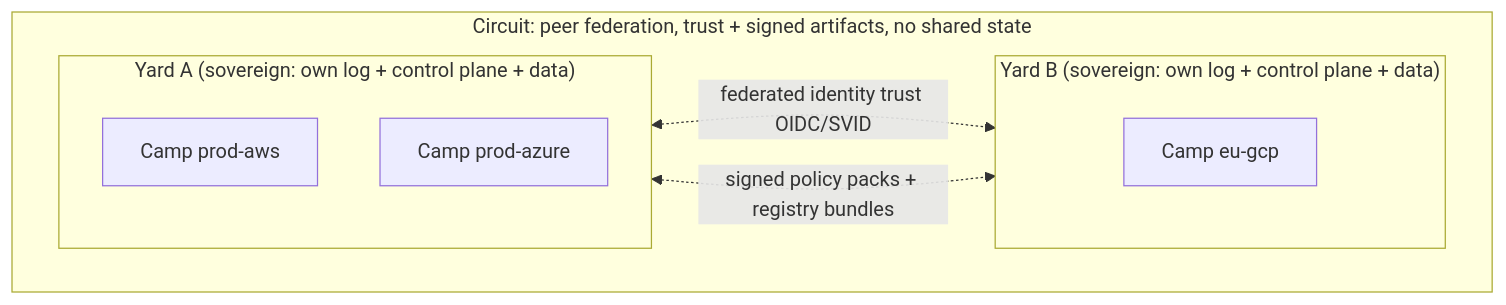
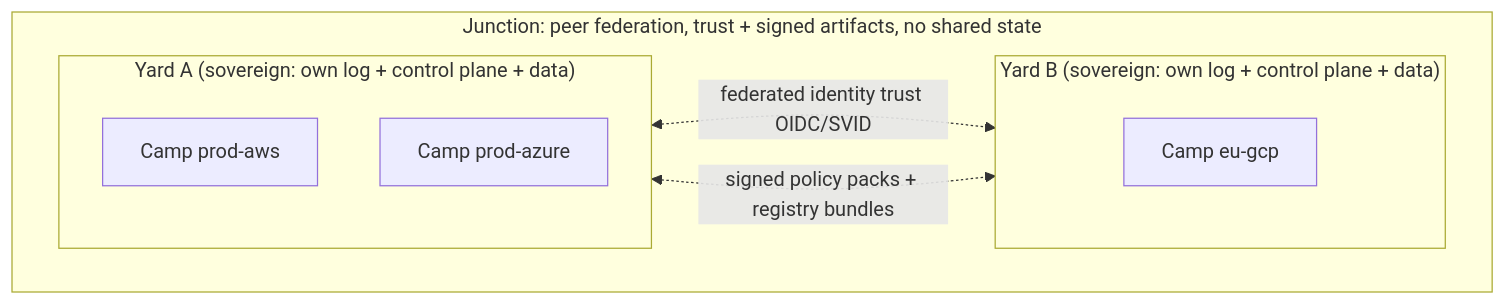
The second of 2 diagrams in docs/design/04-control-plane.md (Tyler-R-Kendrick/HoBo), drawn with Mermaid before and after one commit. The commit also changed other lines of this file and 70 other files, not shown here.

First line of the commit message:
docs(design): purge "worlds", rename Circuit→Junction, reserve "Hobo Code" for a DSL

````diff
--- a/docs/design/04-control-plane.md
+++ b/docs/design/04-control-plane.md
@@ -83,14 +83,14 @@
 ```mermaid
 flowchart TB
-  subgraph CIRCUIT["Circuit: peer federation, trust + signed artifacts, no shared state"]
+  subgraph JUNCTION["Junction: peer federation, trust + signed artifacts, no shared state"]
     subgraph Y1["Yard A (sovereign: own log + control plane + data)"]
       C1["Camp prod-aws"]
       C2["Camp prod-azure"]
     end
     subgraph Y2["Yard B (sovereign: own log + control plane + data)"]
       C3["Camp eu-gcp"]
     end
   end
   Y1 <-.->|federated identity trust OIDC/SVID| Y2
   Y1 <-.->|signed policy packs + registry bundles| Y2
 ```
````
